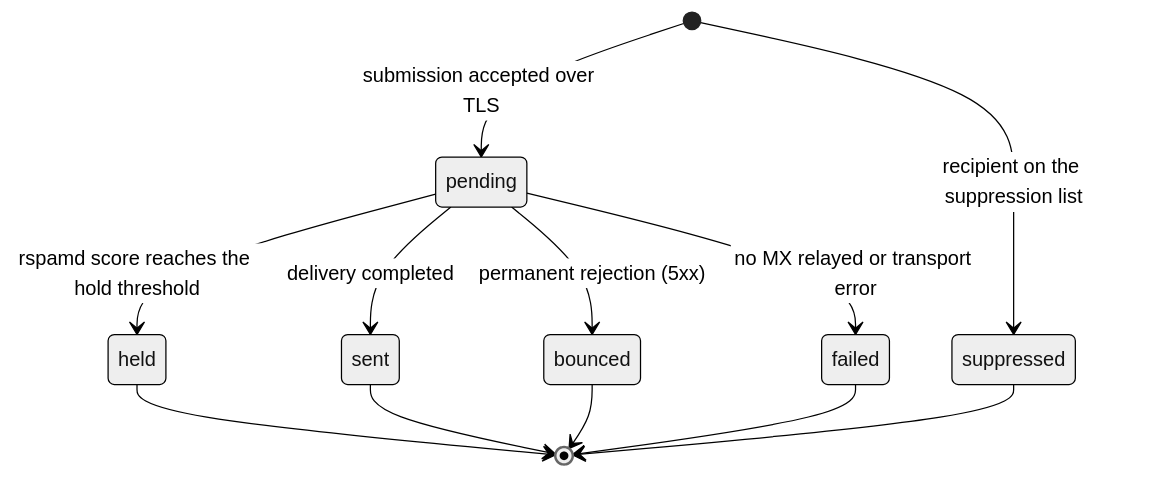
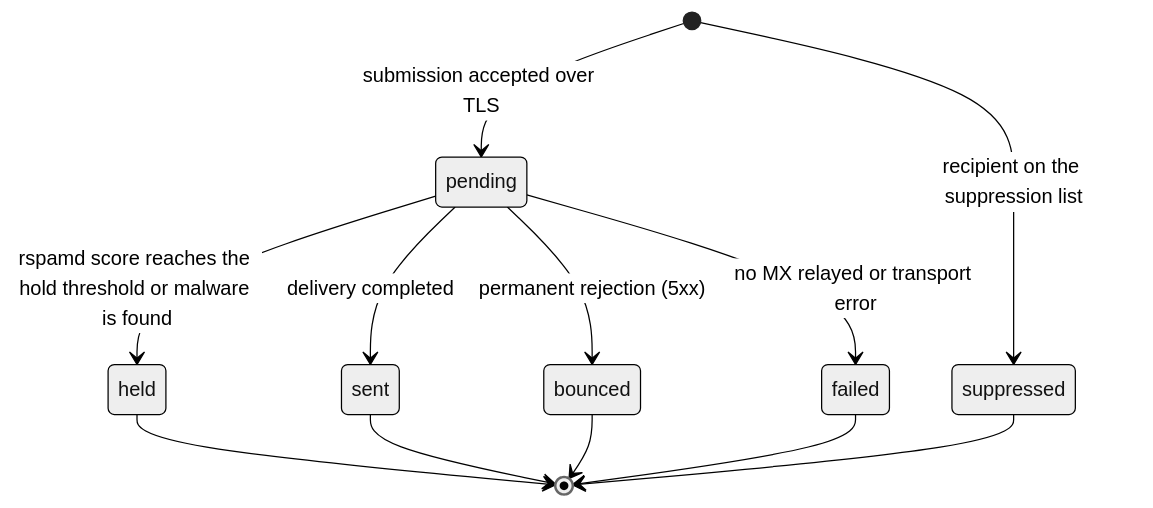
One commit to codingjoe/relay changed the first of 2 diagrams in docs/docs/message-statuses.md. Above: the diagram before and after it, drawn with Mermaid (neutral theme). The commit also changed other lines of this file and 12 other files, not shown here.

````diff
--- a/docs/docs/message-statuses.md
+++ b/docs/docs/message-statuses.md
@@ -22,16 +22,16 @@
 ```mermaid
 stateDiagram-v2
     [*] --> pending : submission accepted over TLS
     [*] --> suppressed : recipient on the suppression list
 
-    pending --> held : rspamd score reaches the hold threshold
+    pending --> held : rspamd score reaches the hold threshold or malware is found
     pending --> sent : delivery completed
     pending --> bounced : permanent rejection (5xx)
     pending --> failed : no MX relayed or transport error
 
     held --> [*]
     sent --> [*]
     bounced --> [*]
     failed --> [*]
     suppressed --> [*]
 ```
````
